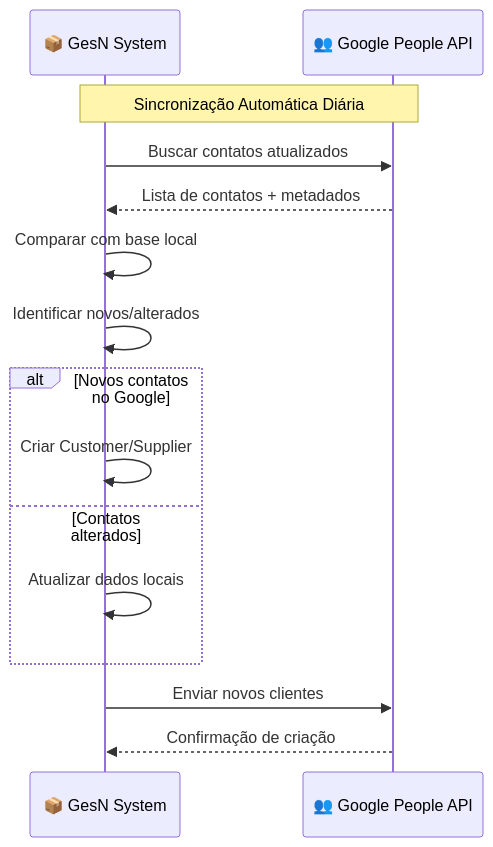
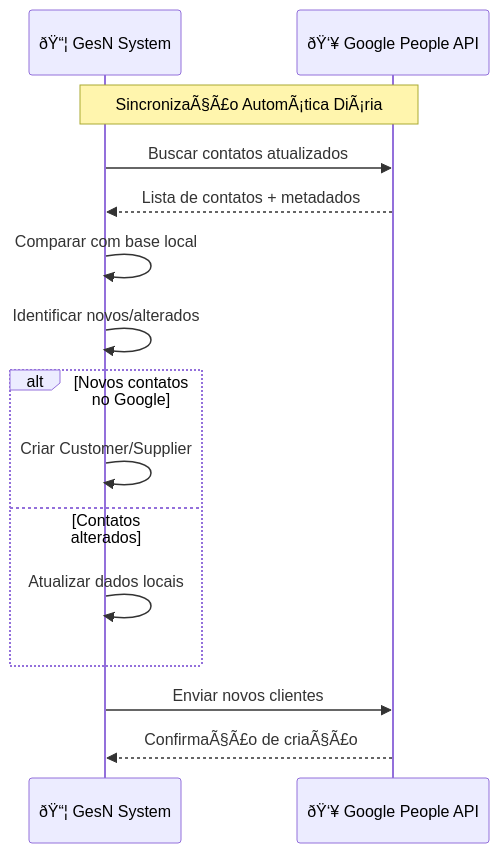
Before and after one commit to igor-spalenza/GesN: the second of 4 diagrams in GesN.Web/Context/DIAGRAMS/C4-MODEL/level1-system-context.md, drawn with Mermaid. The commit also changed other lines of this file and 93 other files, not shown here.

````diff
--- a/GesN.Web/Context/DIAGRAMS/C4-MODEL/level1-system-context.md
+++ b/GesN.Web/Context/DIAGRAMS/C4-MODEL/level1-system-context.md
@@ -139,22 +139,22 @@
 ```mermaid
 sequenceDiagram
-    participant GesN as 📦 GesN System
-    participant Google as 👥 Google People API
+    participant GesN as ðŸ“¦ GesN System
+    participant Google as ðŸ‘¥ Google People API
     
-    Note over GesN, Google: Sincronização Automática Diária
+    Note over GesN, Google: SincronizaÃ§Ã£o AutomÃ¡tica DiÃ¡ria
     
     GesN->>Google: Buscar contatos atualizados
     Google-->>GesN: Lista de contatos + metadados
     
     GesN->>GesN: Comparar com base local
     GesN->>GesN: Identificar novos/alterados
     
     alt Novos contatos no Google
         GesN->>GesN: Criar Customer/Supplier
     else Contatos alterados
         GesN->>GesN: Atualizar dados locais
     end
     
     GesN->>Google: Enviar novos clientes
-    Google-->>GesN: Confirmação de criação
+    Google-->>GesN: ConfirmaÃ§Ã£o de criaÃ§Ã£o
 ```
````
